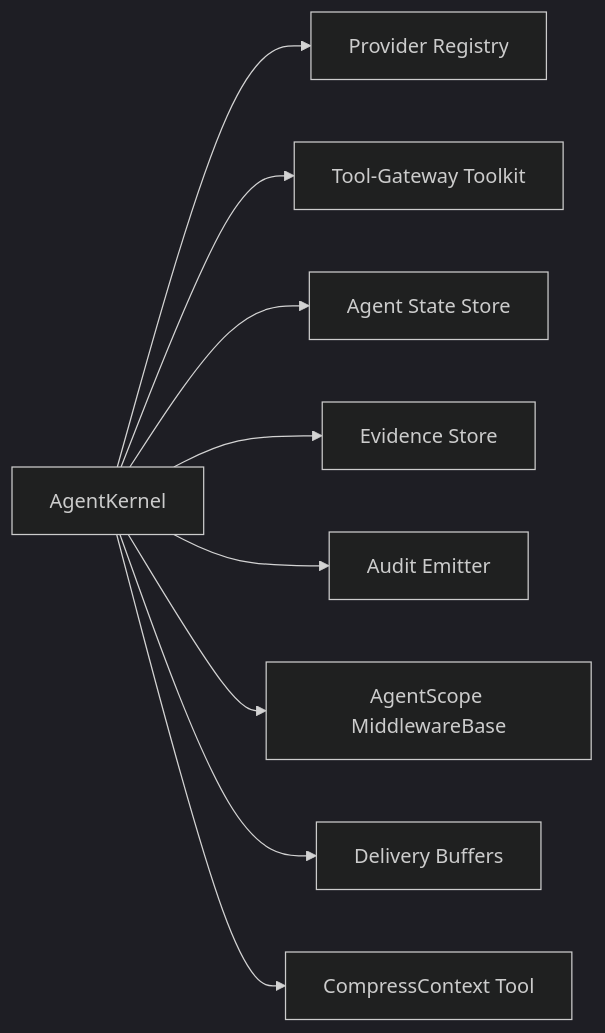
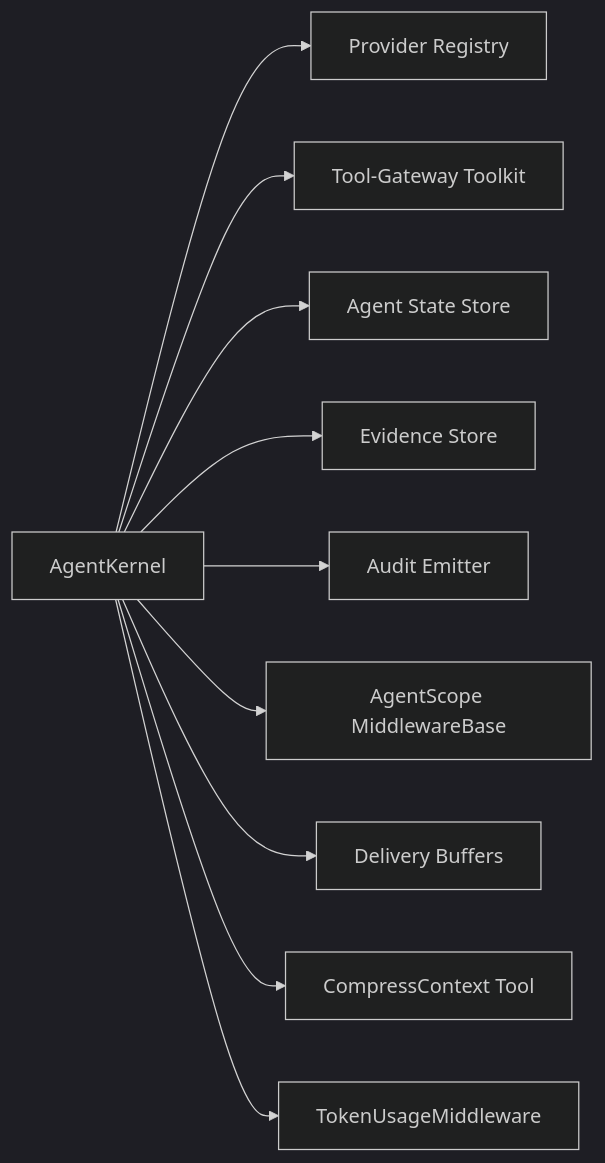
Diagram 11 of 11 in .qoder/repowiki/en/content/Core Services/Agent Platform/Runtime Kernel and Middleware.md (alainlei/luban-aiops), drawn with Mermaid (dark theme) before and after one commit. The commit also changed other lines of this file and 199 other files, not shown here.

````diff
--- a/.qoder/repowiki/en/content/Core Services/Agent Platform/Runtime Kernel and Middleware.md
+++ b/.qoder/repowiki/en/content/Core Services/Agent Platform/Runtime Kernel and Middleware.md
@@ -484,11 +532,12 @@
 ```mermaid
 graph LR
 Kernel["AgentKernel"] --> Provider["Provider Registry"]
 Kernel --> Toolkit["Tool-Gateway Toolkit"]
 Kernel --> StateStore["Agent State Store"]
 Kernel --> EvidenceStore["Evidence Store"]
 Kernel --> Audit["Audit Emitter"]
 Kernel --> Middleware["AgentScope MiddlewareBase"]
 Kernel --> DeliveryBuffers["Delivery Buffers"]
 Kernel --> CompressContext["CompressContext Tool"]
+Kernel --> TokenTracking["TokenUsageMiddleware"]
 ```
````
